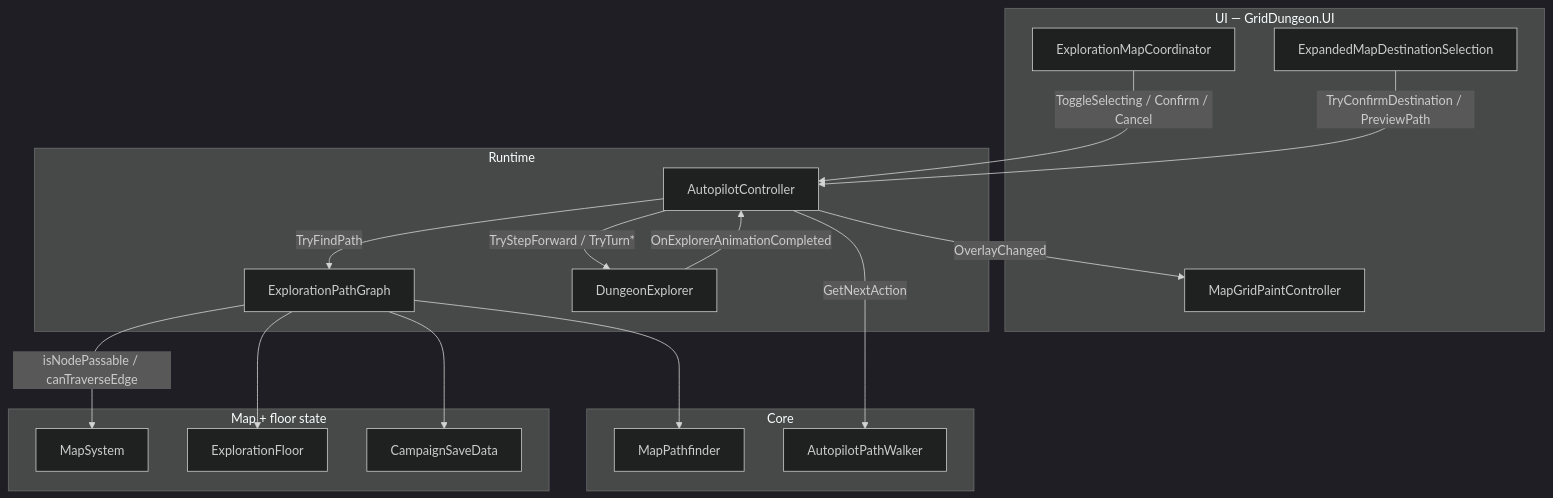
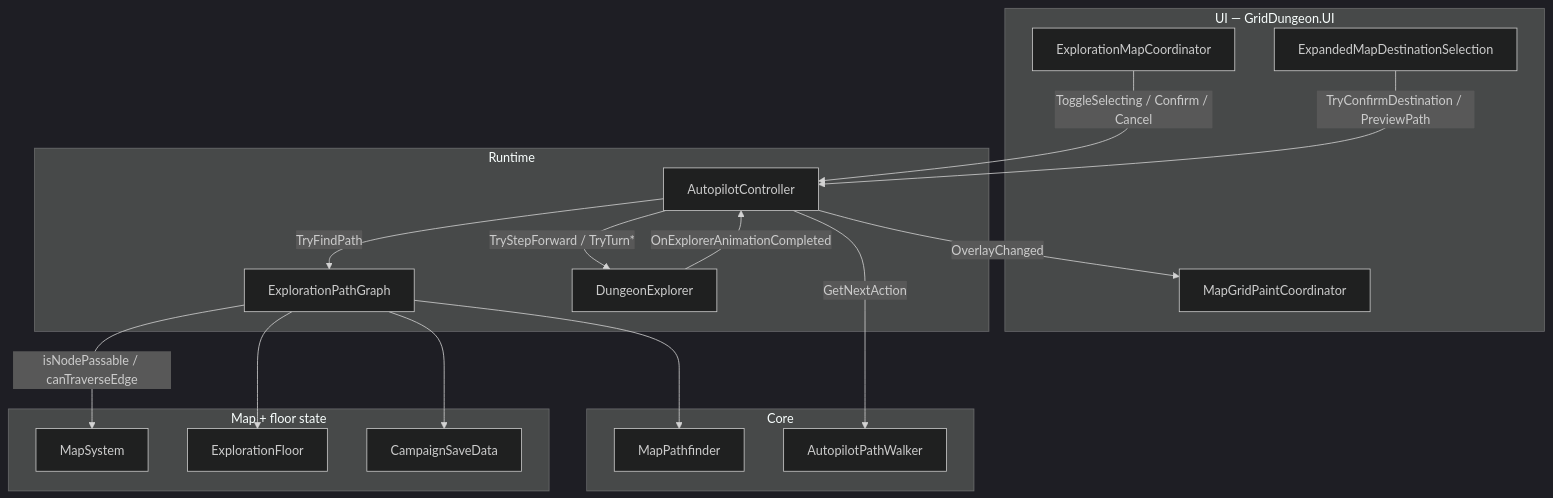
One commit to miramocha/griddungeon-design-docs changed the diagram in docs/04-dev/autopilot-pathfinding.md. Above: the diagram before and after it, drawn with Mermaid (dark theme). The commit also changed 14 other files, not shown here.

````diff
--- a/docs/04-dev/autopilot-pathfinding.md
+++ b/docs/04-dev/autopilot-pathfinding.md
@@ -20,37 +20,37 @@
 ```mermaid
 flowchart TB
   subgraph ui [UI — GridDungeon.UI]
     EMC[ExplorationMapCoordinator]
     EMDS[ExpandedMapDestinationSelection]
-    MGP[MapGridPaintController]
+    MGP[MapGridPaintCoordinator]
   end
 
   subgraph runtime [Runtime]
     AC[AutopilotController]
     EPG[ExplorationPathGraph]
     DE[DungeonExplorer]
   end
 
   subgraph core [Core]
     MP[MapPathfinder]
     APW[AutopilotPathWalker]
   end
 
   subgraph data [Map + floor state]
     MS[MapSystem]
     SF[ExplorationFloor]
     CS[CampaignSaveData]
   end
 
   EMC -->|ToggleSelecting / Confirm / Cancel| AC
   EMDS -->|TryConfirmDestination / PreviewPath| AC
   AC -->|OverlayChanged| MGP
   AC -->|TryFindPath| EPG
   EPG -->|isNodePassable / canTraverseEdge| MS
   EPG --> SF
   EPG --> CS
   EPG --> MP
   AC -->|GetNextAction| APW
   AC -->|TryStepForward / TryTurn*| DE
   DE -->|OnExplorerAnimationCompleted| AC
 ```
````
